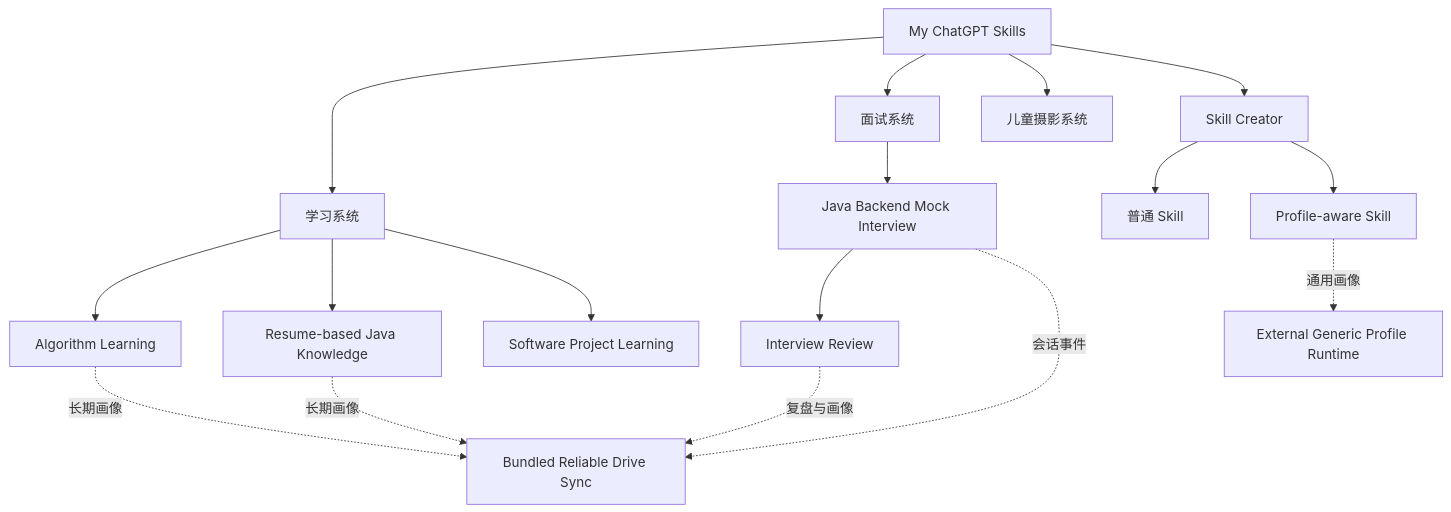
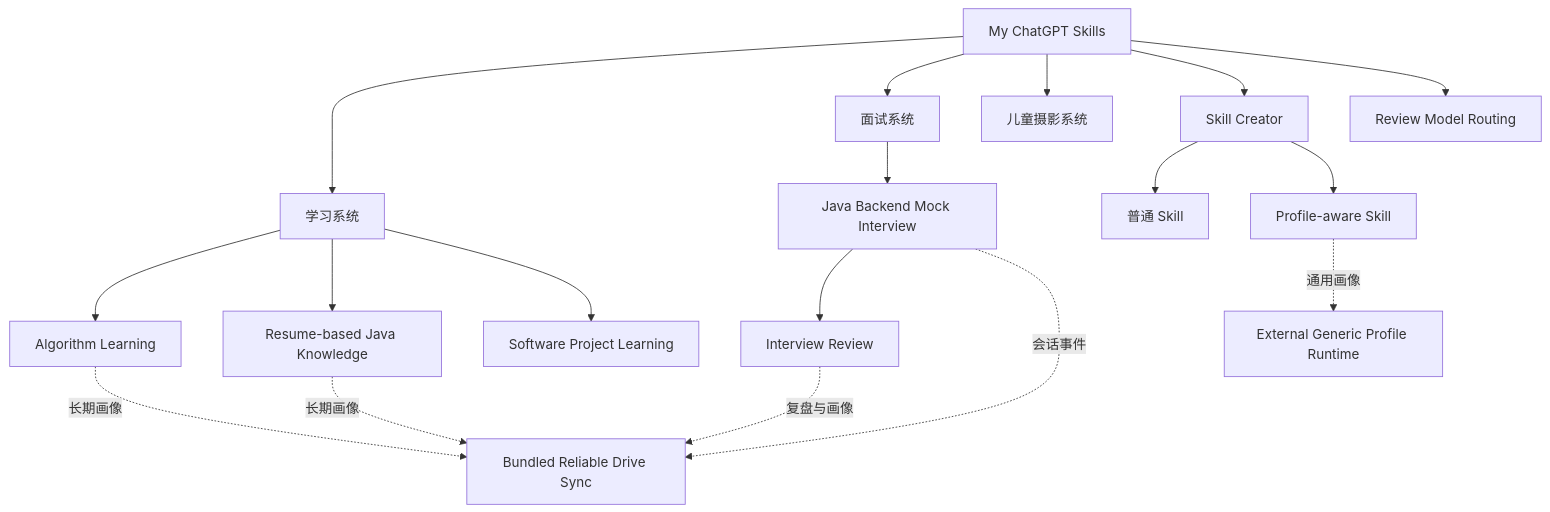
One commit to gitgotcha/my-chatgpt-skills changed the first of 4 diagrams in README.md. Above: the diagram before and after it, drawn with Mermaid. The commit also changed other lines of this file and 11 other files, not shown here.

Commit message:
feat: add review model routing skill

````diff
--- a/README.md
+++ b/README.md
@@ -37,26 +38,27 @@
 ```mermaid
 flowchart TB
 
     ROOT["My ChatGPT Skills"]
 
     ROOT --> LEARN["学习系统"]
     ROOT --> INTERVIEW["面试系统"]
     ROOT --> PHOTO["儿童摄影系统"]
     ROOT --> CREATOR["Skill Creator"]
+    ROOT --> PLAN["Review Model Routing"]
 
     LEARN --> ALG["Algorithm Learning"]
     LEARN --> JAVA["Resume-based Java Knowledge"]
     LEARN --> PROJECT["Software Project Learning"]
 
     INTERVIEW --> MOCK["Java Backend Mock Interview"]
     MOCK --> REVIEW["Interview Review"]
 
     CREATOR --> PLAIN["普通 Skill"]
     CREATOR --> PROFILE["Profile-aware Skill"]
 
     ALG -.长期画像.-> SYNC["Bundled Reliable Drive Sync"]
     JAVA -.长期画像.-> SYNC
     MOCK -.会话事件.-> SYNC
     REVIEW -.复盘与画像.-> SYNC
     PROFILE -.通用画像.-> GENERIC["External Generic Profile Runtime"]
 ```
````
